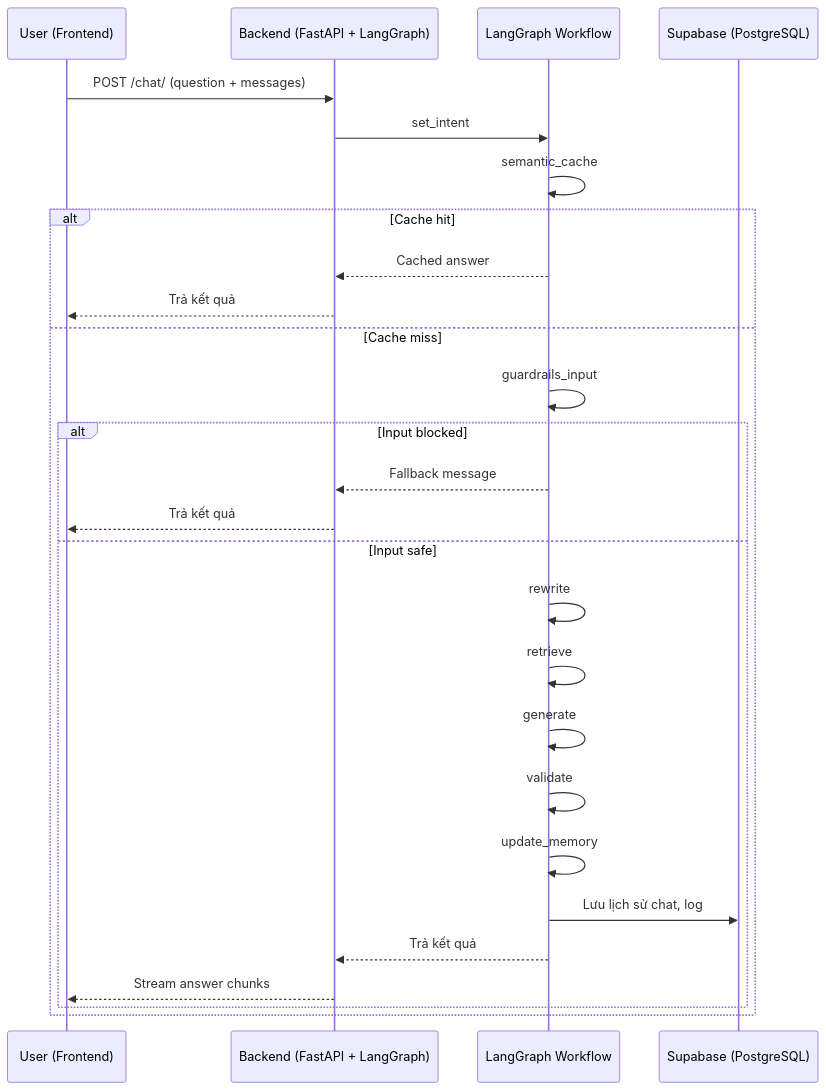
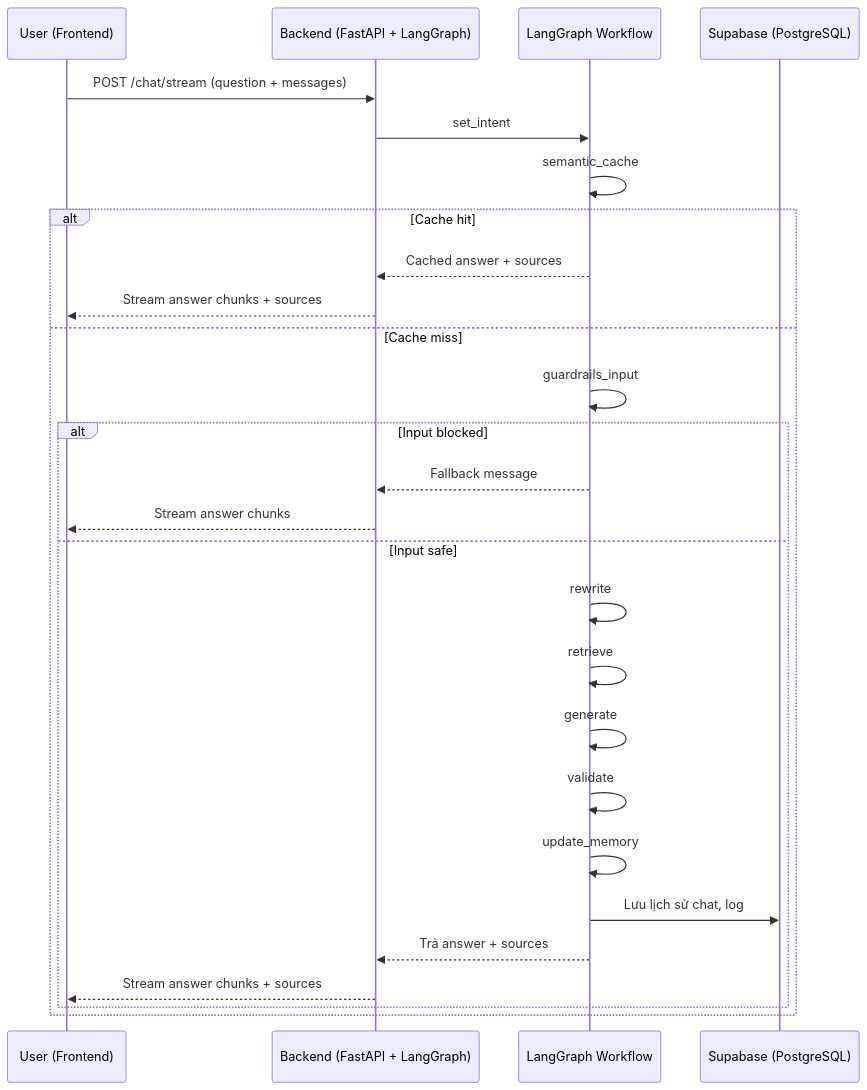
One commit to tuananhne1110/Cutru_chatbot changed the second of 2 diagrams in docs/Workflow.md. Above: the diagram before and after it, drawn with Mermaid. The commit also changed other lines of this file and 7 other files, not shown here.

````diff
--- a/docs/Workflow.md
+++ b/docs/Workflow.md
@@ -43,29 +50,29 @@
 ```mermaid
 sequenceDiagram
     participant U as User (Frontend)
     participant B as Backend (FastAPI + LangGraph)
     participant L as LangGraph Workflow
     participant S as Supabase (PostgreSQL)
-    U->>B: POST /chat/ (question + messages)
+    U->>B: POST /chat/stream (question + messages)
     B->>L: set_intent
     L->>L: semantic_cache
     alt Cache hit
-        L-->>B: Cached answer
-        B-->>U: Trả kết quả
+        L-->>B: Cached answer + sources
+        B-->>U: Stream answer chunks + sources
     else Cache miss
         L->>L: guardrails_input
         alt Input blocked
             L-->>B: Fallback message
-            B-->>U: Trả kết quả
+            B-->>U: Stream answer chunks
         else Input safe
             L->>L: rewrite
             L->>L: retrieve
             L->>L: generate
             L->>L: validate
             L->>L: update_memory
             L->>S: Lưu lịch sử chat, log
-            L-->>B: Trả kết quả
-            B-->>U: Stream answer chunks
+            L-->>B: Trả answer + sources
+            B-->>U: Stream answer chunks + sources
         end
     end
 ```
````
